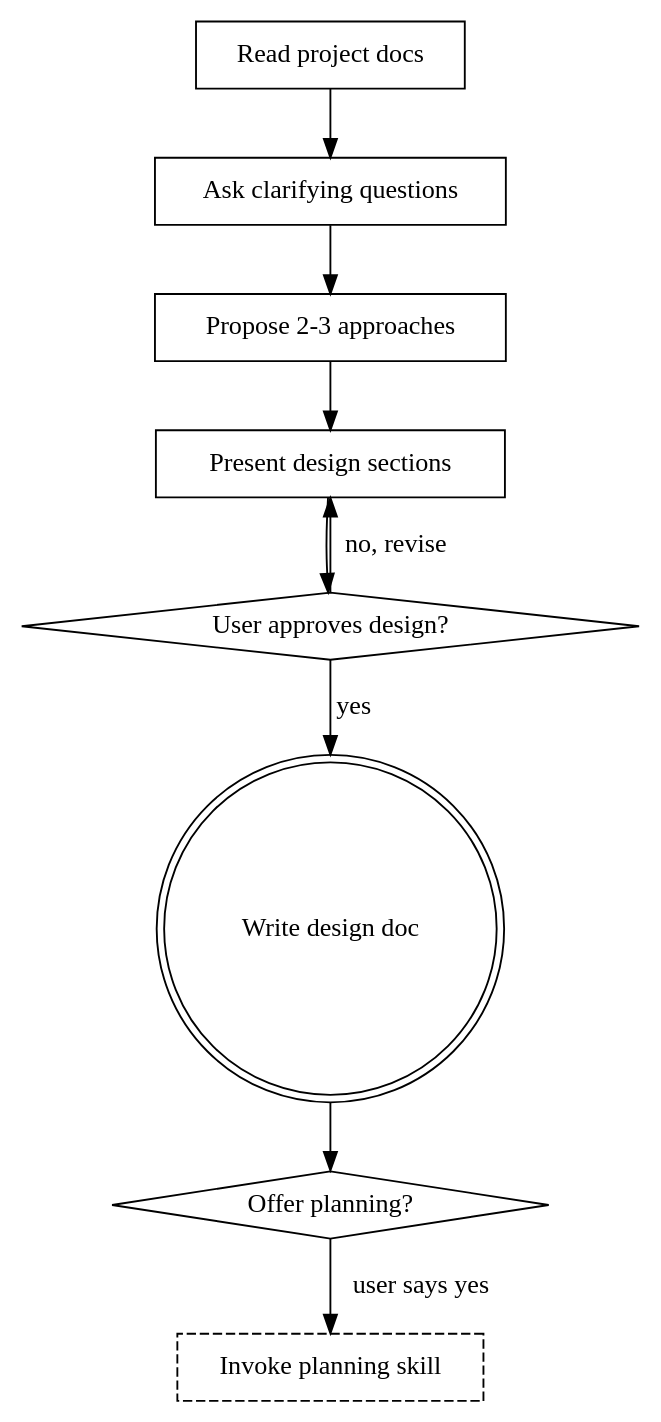
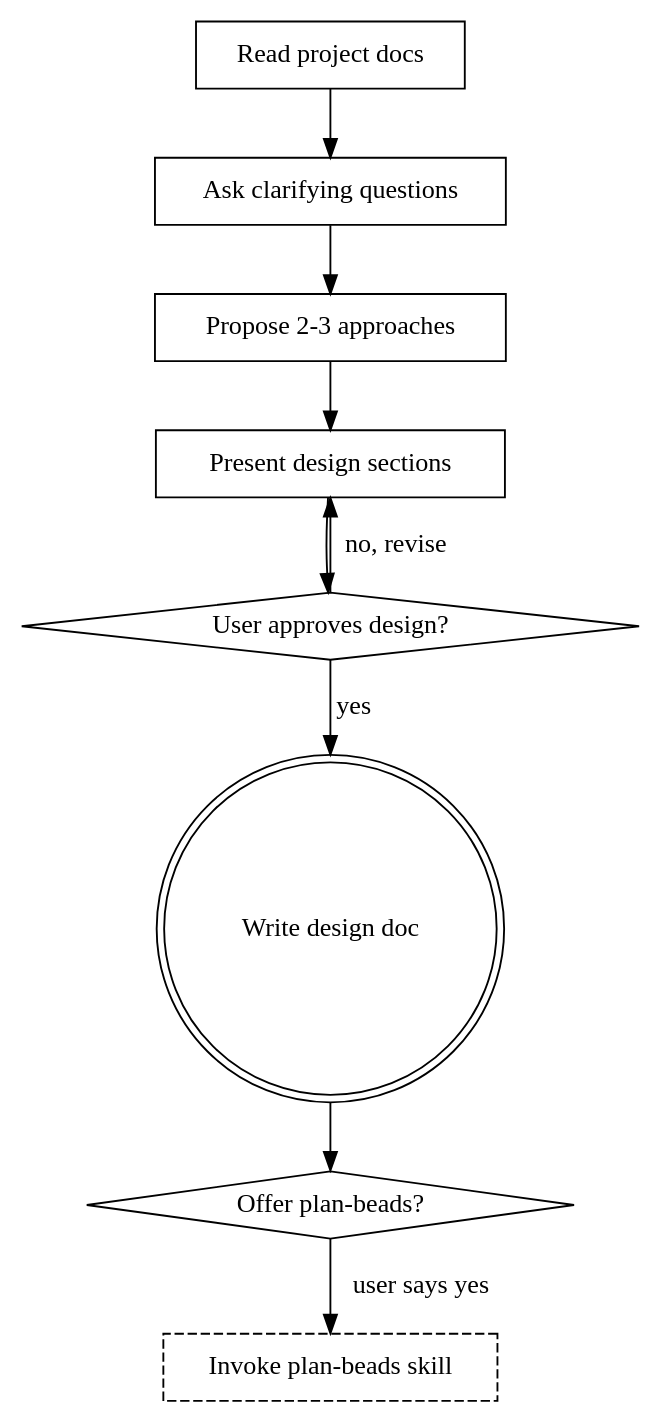
The diagram in plugins/skills/brainstorming/SKILL.md (trungtnm/claude-code-utils), drawn with Graphviz before and after one commit. The commit also changed other lines of this file and 7 other files, not shown here.

First line of the commit message:
refactor: rename planning skill to plan-beads

````diff
--- a/plugins/skills/brainstorming/SKILL.md
+++ b/plugins/skills/brainstorming/SKILL.md
@@ -35,21 +35,21 @@
 ```dot
 digraph brainstorming {
     "Read project docs" [shape=box];
     "Ask clarifying questions" [shape=box];
     "Propose 2-3 approaches" [shape=box];
     "Present design sections" [shape=box];
     "User approves design?" [shape=diamond];
     "Write design doc" [shape=doublecircle];
-    "Offer planning?" [shape=diamond];
-    "Invoke planning skill" [shape=box, style=dashed];
+    "Offer plan-beads?" [shape=diamond];
+    "Invoke plan-beads skill" [shape=box, style=dashed];
 
     "Read project docs" -> "Ask clarifying questions";
     "Ask clarifying questions" -> "Propose 2-3 approaches";
     "Propose 2-3 approaches" -> "Present design sections";
     "Present design sections" -> "User approves design?";
     "User approves design?" -> "Present design sections" [label="no, revise"];
     "User approves design?" -> "Write design doc" [label="yes"];
-    "Write design doc" -> "Offer planning?";
-    "Offer planning?" -> "Invoke planning skill" [label="user says yes"];
+    "Write design doc" -> "Offer plan-beads?";
+    "Offer plan-beads?" -> "Invoke plan-beads skill" [label="user says yes"];
 }
 ```
````
